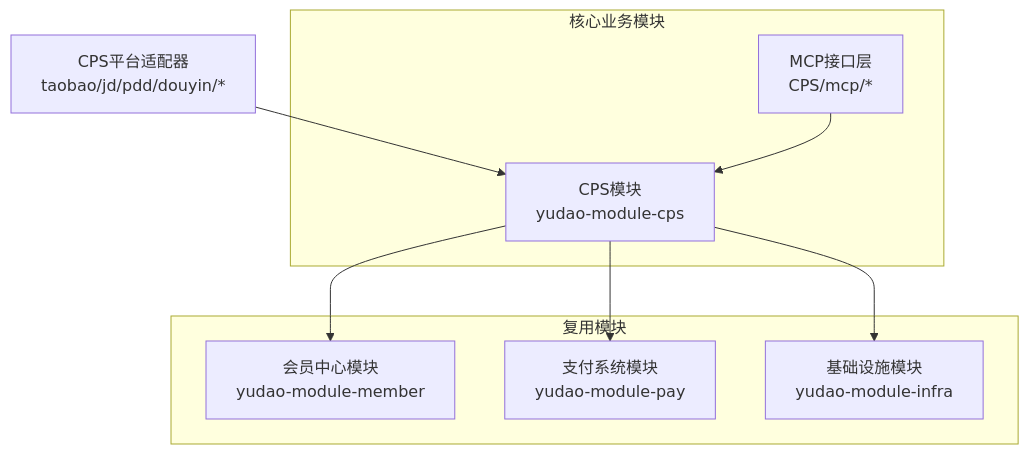
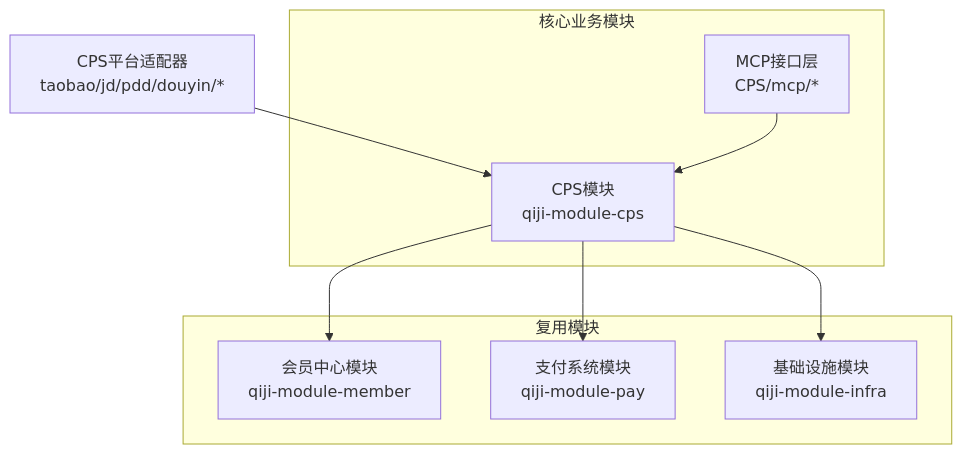
The first of 7 diagrams in backend/.qoder/repowiki/zh/content/核心业务模块/核心业务模块.md (zhuangpengLI/AgenticCPS), drawn with Mermaid before and after one commit. The commit also changed other lines of this file and 3489 other files, not shown here.

````diff
--- a/backend/.qoder/repowiki/zh/content/核心业务模块/核心业务模块.md
+++ b/backend/.qoder/repowiki/zh/content/核心业务模块/核心业务模块.md
@@ -41,17 +41,17 @@
 ```mermaid
 graph TB
 subgraph "核心业务模块"
-CPS["CPS模块<br/>yudao-module-cps"]
+CPS["CPS模块<br/>qiji-module-cps"]
 MCP["MCP接口层<br/>CPS/mcp/*"]
 end
 subgraph "复用模块"
-MEMBER["会员中心模块<br/>yudao-module-member"]
-PAY["支付系统模块<br/>yudao-module-pay"]
-INFRA["基础设施模块<br/>yudao-module-infra"]
+MEMBER["会员中心模块<br/>qiji-module-member"]
+PAY["支付系统模块<br/>qiji-module-pay"]
+INFRA["基础设施模块<br/>qiji-module-infra"]
 end
 CLIENT["CPS平台适配器<br/>taobao/jd/pdd/douyin/*"] --> CPS
 CPS --> MEMBER
 CPS --> PAY
 CPS --> INFRA
 MCP --> CPS
 ```
````
